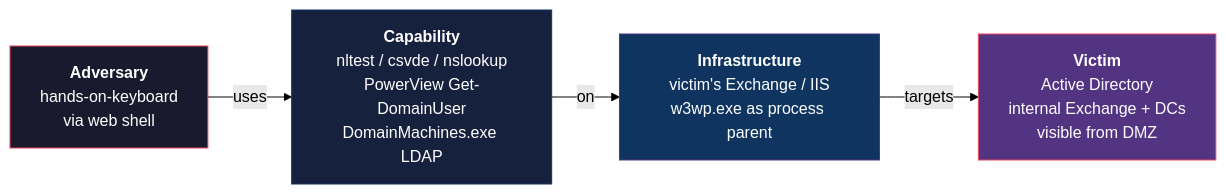
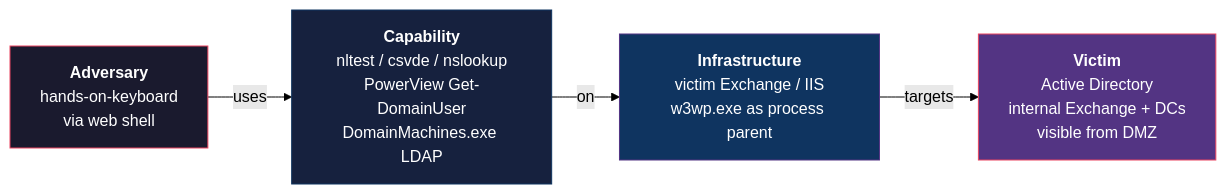
Before and after one commit to karmine05/dirtyfrag-blog: the fifth of 9 diagrams in content/posts/shadow-earth-053-fleet-detections/index.md, drawn with Mermaid (forest theme). The commit also changed other lines of this file and 2 other files, not shown here.

First line of the commit message:
content(threat-intel): SE053 post v3 — threat-brief tone + SVG overflow + Mermaid fixes

```diff
--- a/content/posts/shadow-earth-053-fleet-detections/index.md
+++ b/content/posts/shadow-earth-053-fleet-detections/index.md
@@ -178,14 +165,14 @@
 {{< mermaid >}}
 graph LR
   classDef adv fill:#1a1a2e,stroke:#e94560,color:#fff
   classDef cap fill:#16213e,stroke:#0f3460,color:#fff
   classDef inf fill:#0f3460,stroke:#533483,color:#fff
   classDef vic fill:#533483,stroke:#e94560,color:#fff
-  A["<b>Adversary</b><br/>hands-on-keyboard<br/>via web shell"]:::adv
-  C["<b>Capability</b><br/>nltest / csvde / nslookup<br/>PowerView Get-DomainUser<br/>DomainMachines.exe LDAP"]:::cap
-  I["<b>Infrastructure</b><br/>victim's Exchange / IIS<br/>w3wp.exe as process parent"]:::inf
-  V["<b>Victim</b><br/>Active Directory<br/>internal Exchange + DCs<br/>visible from DMZ"]:::vic
+  A["<b>Adversary</b><br>hands-on-keyboard<br>via web shell"]:::adv
+  C["<b>Capability</b><br>nltest / csvde / nslookup<br>PowerView Get-DomainUser<br>DomainMachines.exe LDAP"]:::cap
+  I["<b>Infrastructure</b><br>victim Exchange / IIS<br>w3wp.exe as process parent"]:::inf
+  V["<b>Victim</b><br>Active Directory<br>internal Exchange + DCs<br>visible from DMZ"]:::vic
   A -->|uses| C
   C -->|on| I
   I -->|targets| V
 {{< /mermaid >}}
```
